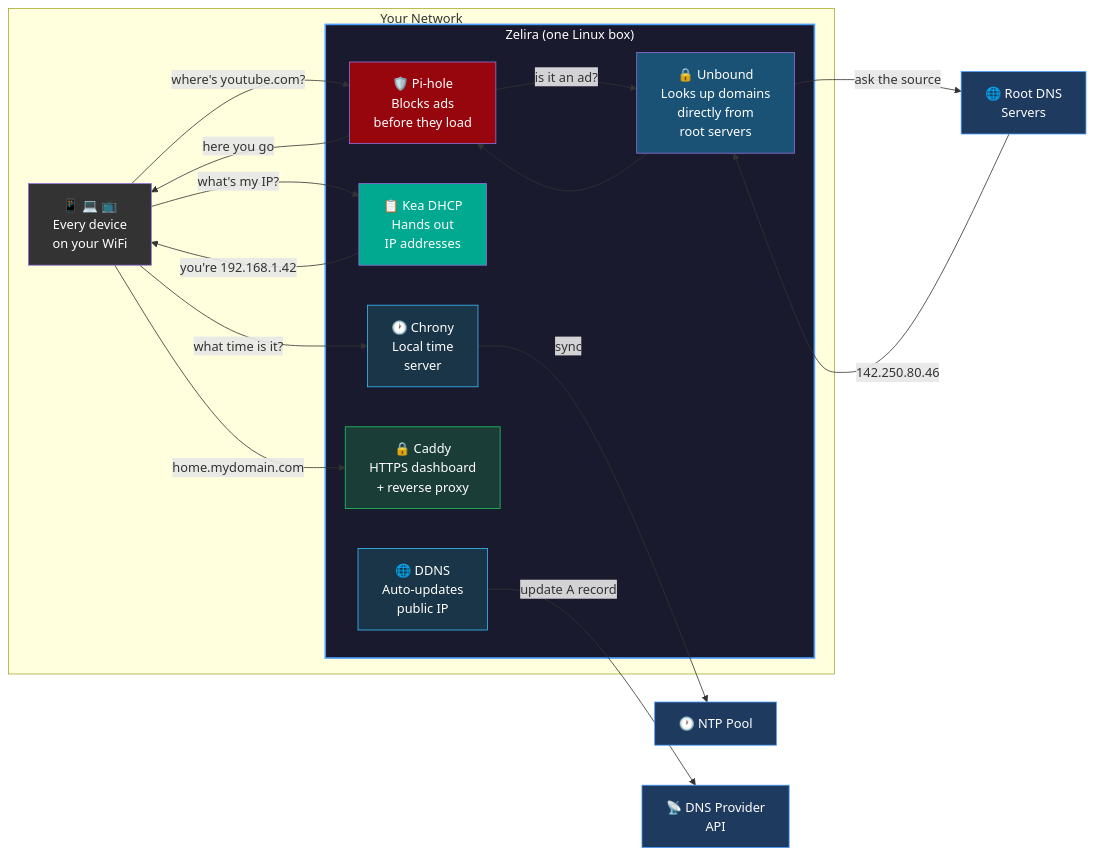
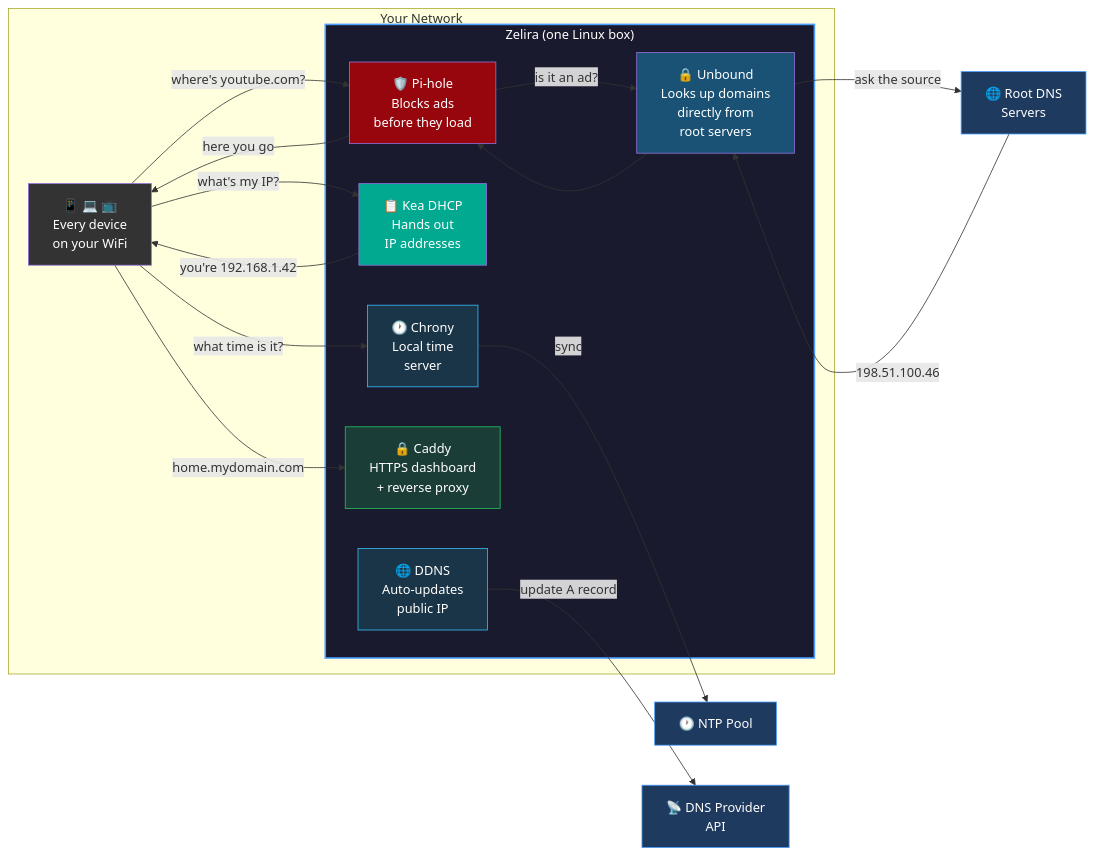
Before and after one commit to ParkWardRR/zelira: the first of 7 diagrams in README.md, drawn with Mermaid. The commit also changed other lines of this file, not shown here.

````diff
--- a/README.md
+++ b/README.md
@@ -30,44 +30,44 @@
 ```mermaid
 flowchart LR
     subgraph YourNetwork["Your Network"]
         D["📱 💻 📺\nEvery device\non your WiFi"]
         
         subgraph Zelira["Zelira (one Linux box)"]
             PH["🛡️ Pi-hole\nBlocks ads\nbefore they load"]
             UB["🔒 Unbound\nLooks up domains\ndirectly from\nroot servers"]
             KEA["📋 Kea DHCP\nHands out\nIP addresses"]
             NTP["🕐 Chrony\nLocal time\nserver"]
             CADDY["🔒 Caddy\nHTTPS dashboard\n+ reverse proxy"]
             DDNS["🌐 DDNS\nAuto-updates\npublic IP"]
         end
     end
     
     ROOT["🌐 Root DNS\nServers"]
     POOL["🕐 NTP Pool"]
     DNSAPI["📡 DNS Provider\nAPI"]
     
     D -- "what's my IP?" --> KEA
     KEA -- "you're 192.168.1.42" --> D
     D -- "where's youtube.com?" --> PH
     PH -- "is it an ad?" --> UB
     UB -- "ask the source" --> ROOT
-    ROOT -- "142.250.80.46" --> UB
+    ROOT -- "198.51.100.46" --> UB
     UB --> PH
     PH -- "here you go" --> D
     D -- "what time is it?" --> NTP
     NTP -- "sync" --> POOL
     D -- "home.mydomain.com" --> CADDY
     DDNS -- "update A record" --> DNSAPI
     
     style Zelira fill:#1a1a2e,stroke:#4a9eff,stroke-width:2px,color:#fff
     style PH fill:#96060C,color:#fff
     style UB fill:#1A5276,color:#fff
     style KEA fill:#00A98F,color:#fff
     style NTP fill:#1a3547,stroke:#38bdf8,color:#fff
     style CADDY fill:#22c55e33,stroke:#22c55e,color:#fff
     style DDNS fill:#1a3547,stroke:#38bdf8,color:#fff
     style D fill:#333,color:#fff
     style ROOT fill:#1e3a5f,stroke:#4a9eff,color:#fff
     style POOL fill:#1e3a5f,stroke:#4a9eff,color:#fff
     style DNSAPI fill:#1e3a5f,stroke:#4a9eff,color:#fff
 ```
````
